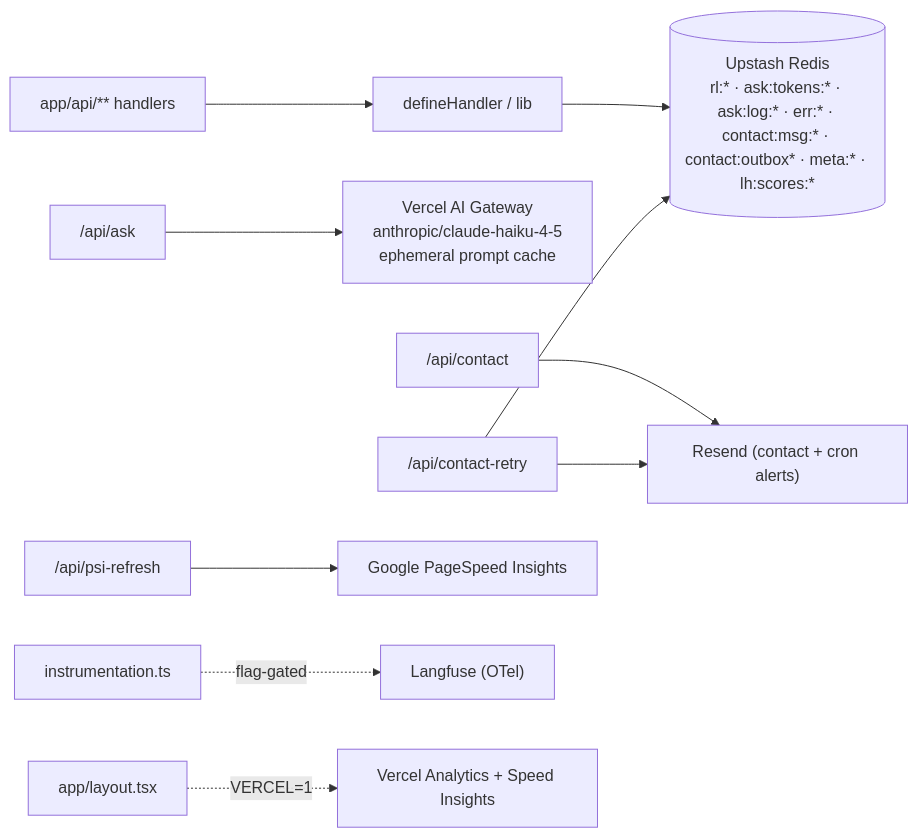
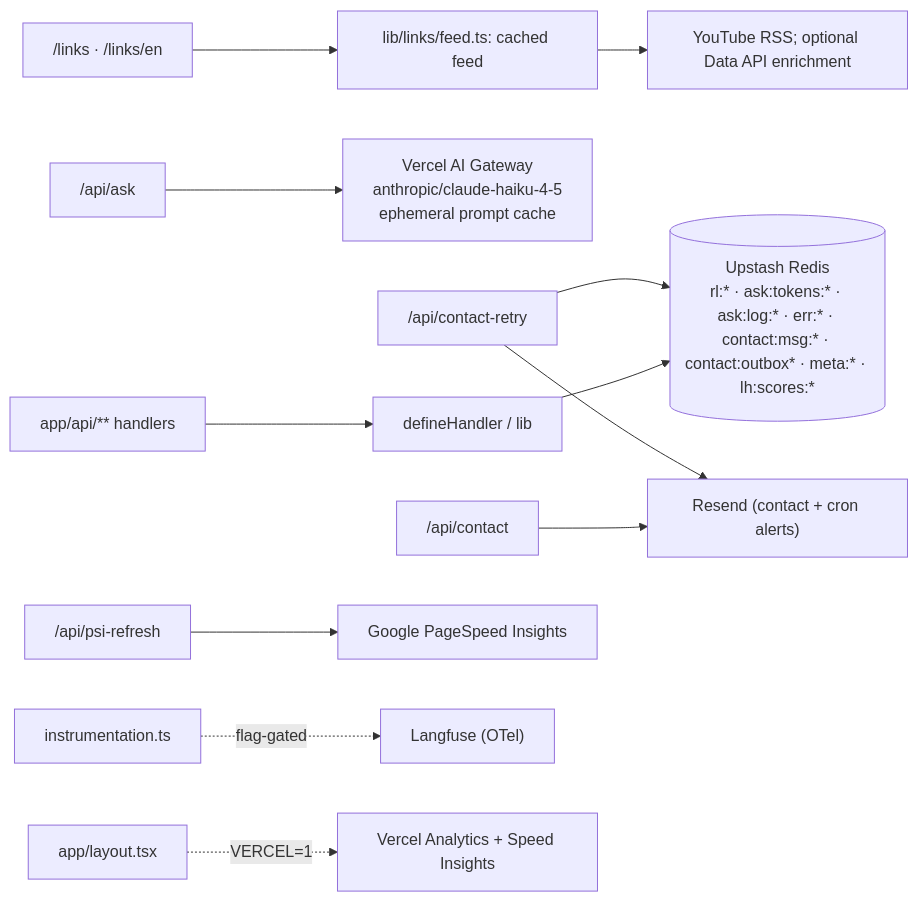
The diagram in docs/05-api-and-integrations.md (erikunha/portfolio), drawn with Mermaid before and after one commit. The commit also changed other lines of this file and 14 other files, not shown here.

First line of the commit message:
docs(architecture): redraw diagrams for the terminal-module homepage

````diff
--- a/docs/05-api-and-integrations.md
+++ b/docs/05-api-and-integrations.md
@@ -74,12 +74,14 @@
 ```mermaid
 flowchart LR
     routes["app/api/** handlers"] --> defh["defineHandler / lib"]
     defh --> redis[("Upstash Redis<br/>rl:* · ask:tokens:* · ask:log:* · err:* · contact:msg:* · contact:outbox* · meta:* · lh:scores:*")]
     ask["/api/ask"] --> gw["Vercel AI Gateway<br/>anthropic/claude-haiku-4-5<br/>ephemeral prompt cache"]
+    linkpages["/links · /links/en"] --> links["lib/links/feed.ts: cached feed"]
+    links --> youtube["YouTube RSS; optional Data API enrichment"]
     contact["/api/contact"] --> resend["Resend (contact + cron alerts)"]
     retry["/api/contact-retry"] --> redis
     retry --> resend
     psicron["/api/psi-refresh"] --> psi["Google PageSpeed Insights"]
     instr["instrumentation.ts"] -.flag-gated.-> lf["Langfuse (OTel)"]
     layout["app/layout.tsx"] -.VERCEL=1.-> rum["Vercel Analytics + Speed Insights"]
 ```
````
